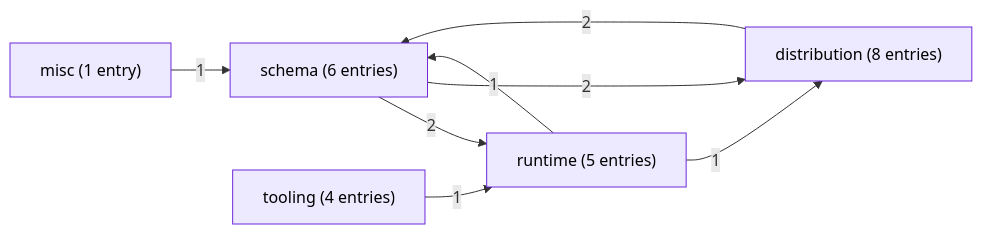
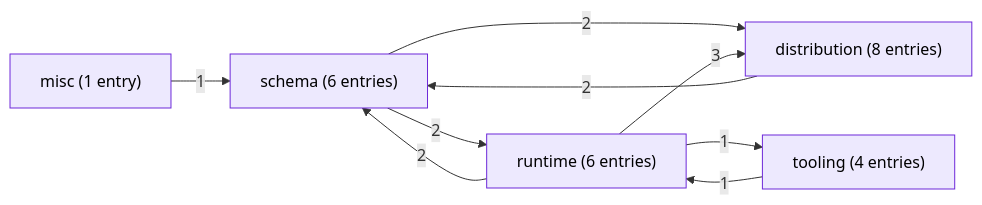
The first of 7 diagrams in GRAPH.md (open-platform-model/enhancements), drawn with Mermaid before and after one commit. The commit also changed other lines of this file and 14 other files, not shown here.

````diff
--- a/GRAPH.md
+++ b/GRAPH.md
@@ -16,24 +16,25 @@
 ```mermaid
 graph LR
   classDef draft       fill:#fef3c7,stroke:#b45309,color:#000
   classDef accepted    fill:#dbeafe,stroke:#1d4ed8,color:#000
   classDef rejected    fill:#fee2e2,stroke:#b91c1c,color:#7f1d1d,stroke-dasharray:4 2
   classDef superseded  fill:#e5e7eb,stroke:#6b7280,color:#6b7280
   classDef legacy      fill:#fafafa,stroke:#9ca3af,color:#6b7280,stroke-dasharray:3 3
   classDef stub        fill:#f3f4f6,stroke:#9ca3af,color:#374151
   classDef category    fill:#ede9fe,stroke:#6d28d9,color:#000
 
   Cschema["schema (6 entries)"]:::category
-  Cruntime["runtime (5 entries)"]:::category
+  Cruntime["runtime (6 entries)"]:::category
   Cdistribution["distribution (8 entries)"]:::category
   Ctooling["tooling (4 entries)"]:::category
   Cmisc["misc (1 entry)"]:::category
 
   Cschema -->|2| Cruntime
   Cschema -->|2| Cdistribution
-  Cruntime -->|1| Cschema
-  Cruntime -->|1| Cdistribution
+  Cruntime -->|2| Cschema
+  Cruntime -->|3| Cdistribution
+  Cruntime -->|1| Ctooling
   Cdistribution -->|2| Cschema
   Ctooling -->|1| Cruntime
   Cmisc -->|1| Cschema
 ```
````
